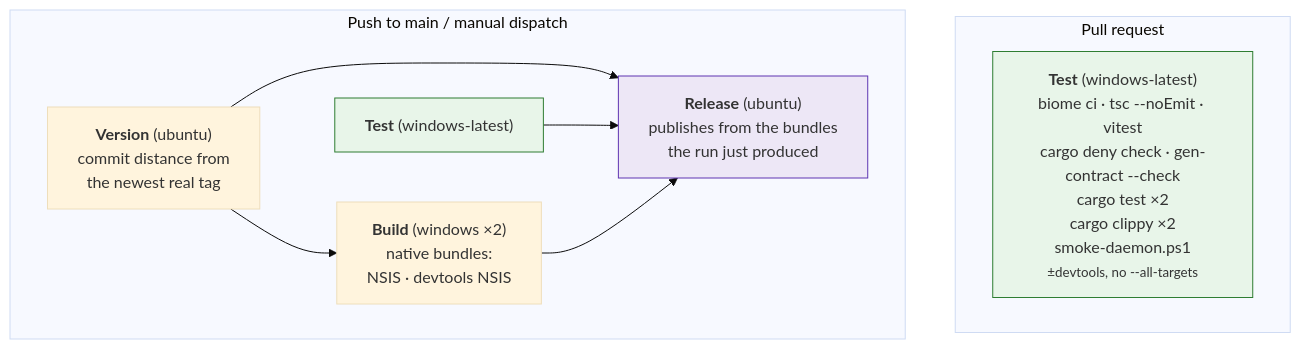
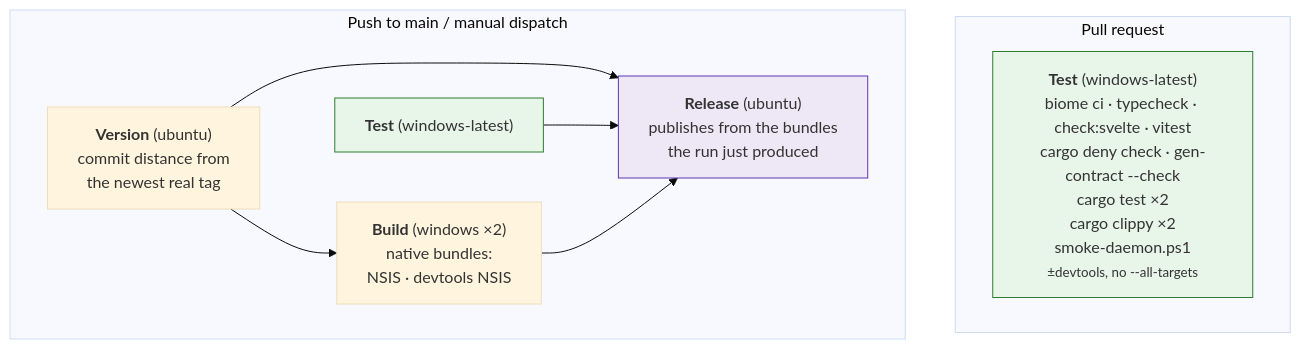
One commit to NinjaGoldfinch/ninja-recorder changed the first of 3 diagrams in docs/ci-and-releases.md. Above: the diagram before and after it, drawn with Mermaid (base theme). The commit also changed other lines of this file and 21 other files, not shown here.

````diff
--- a/docs/ci-and-releases.md
+++ b/docs/ci-and-releases.md
@@ -14,19 +14,19 @@
 ```mermaid
 flowchart TB
     subgraph PR["Pull request"]
-        T1["<b>Test</b> (windows-latest)<br/>biome ci · tsc --noEmit · vitest<br/>cargo deny check · gen-contract --check<br/>cargo test ×2<br/>cargo clippy ×2<br/>smoke-daemon.ps1<br/><small>±devtools, no --all-targets</small>"]
+        T1["<b>Test</b> (windows-latest)<br/>biome ci · typecheck · check:svelte · vitest<br/>cargo deny check · gen-contract --check<br/>cargo test ×2<br/>cargo clippy ×2<br/>smoke-daemon.ps1<br/><small>±devtools, no --all-targets</small>"]
     end
     subgraph MAIN["Push to main / manual dispatch"]
         T["<b>Test</b> (windows-latest)"]
         V["<b>Version</b> (ubuntu)<br/>commit distance from<br/>the newest real tag"]
         B["<b>Build</b> (windows ×2)<br/>native bundles:<br/>NSIS · devtools NSIS"]
         R["<b>Release</b> (ubuntu)<br/>publishes from the bundles<br/>the run just produced"]
         V --> B
         V --> R
         T --> R
         B --> R
     end
     style T1 fill:#e8f5e9,stroke:#2e7d32
     style T fill:#e8f5e9,stroke:#2e7d32
     style R fill:#ede7f6,stroke:#5e35b1
 ```
````
